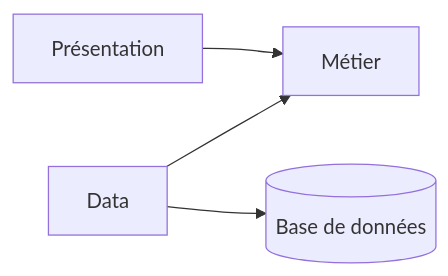
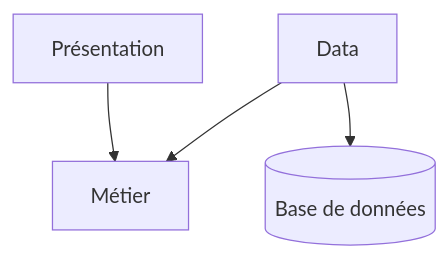
Before and after one commit to donnatchris/DDD: the second of 2 diagrams in ARCHITECTURE.md, drawn with Mermaid.

Commit message:
Change flowchart direction in ARCHITECTURE.md
Updated flowchart direction in architecture documentation.

````diff
--- a/ARCHITECTURE.md
+++ b/ARCHITECTURE.md
@@ -102,6 +102,6 @@
 ```mermaid
-flowchart LR
+flowchart TD
     A[Présentation] --> B[Métier]
     C[Data] --> B
     C[Data] --> D[(Base de données)]
 ```
````
